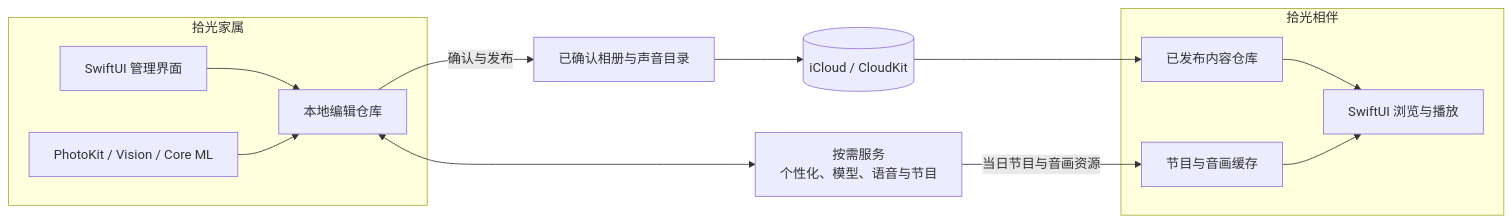
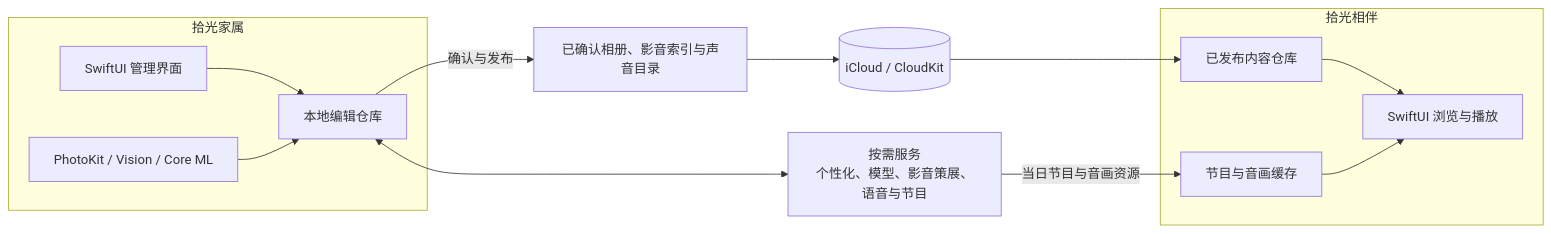
Before and after one commit to FlyLow24/ReLight: the second of 2 diagrams in README.md, drawn with Mermaid. The commit also changed other lines of this file, not shown here.

````diff
--- a/README.md
+++ b/README.md
@@ -91,28 +96,28 @@
 ```mermaid
 flowchart LR
     subgraph Organizer[拾光家属]
         OUI[SwiftUI 管理界面]
         Local[本地编辑仓库]
         DeviceAI[PhotoKit / Vision / Core ML]
         OUI --> Local
         DeviceAI --> Local
     end
 
-    Services[按需服务<br/>个性化、模型、语音与节目]
-    Published[已确认相册与声音目录]
+    Services[按需服务<br/>个性化、模型、影音策展、语音与节目]
+    Published[已确认相册、影音索引与声音目录]
     Cloud[(iCloud / CloudKit)]
 
     subgraph LovedOne[拾光相伴]
         Synced[已发布内容仓库]
         ProgramCache[节目与音画缓存]
         LUI[SwiftUI 浏览与播放]
         Synced --> LUI
         ProgramCache --> LUI
     end
 
     Local <--> Services
     Local -->|确认与发布| Published
     Published --> Cloud
     Cloud --> Synced
     Services -->|当日节目与音画资源| ProgramCache
 ```
````
